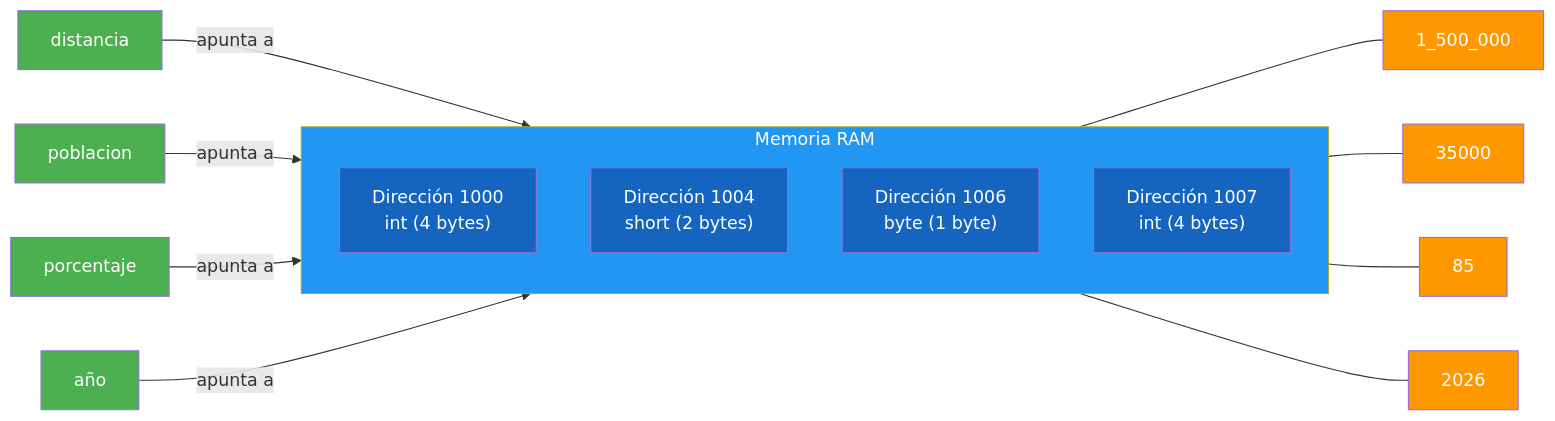
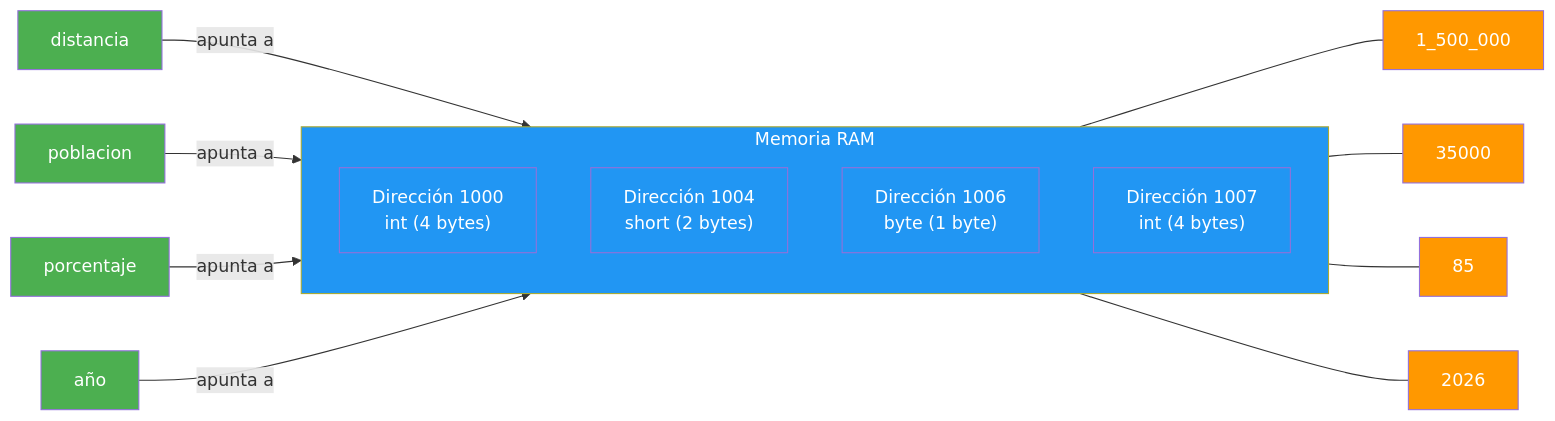
The first of 6 diagrams in 05-tipos-datos.md (joseluisgs/Programacion-01-2026-2027), drawn with Mermaid before and after one commit. The commit also changed other lines of this file and 10 other files, not shown here.

````diff
--- a/05-tipos-datos.md
+++ b/05-tipos-datos.md
@@ -37,31 +37,31 @@
 ```mermaid
 graph LR
     subgraph MEMORIA ["Memoria RAM"]
         direction TB
         DIR_1000["Dirección 1000<br/>int (4 bytes)"]
         DIR_1004["Dirección 1004<br/>short (2 bytes)"]
         DIR_1006["Dirección 1006<br/>byte (1 byte)"]
         DIR_1007["Dirección 1007<br/>int (4 bytes)"]
     end
     NOMBRE_1["distancia"] -->|"apunta a"| DIR_1000
     NOMBRE_2["poblacion"] -->|"apunta a"| DIR_1004
     NOMBRE_3["porcentaje"] -->|"apunta a"| DIR_1006
     NOMBRE_4["año"] -->|"apunta a"| DIR_1007
     DIR_1000 --- VALOR_1["1_500_000"]
     DIR_1004 --- VALOR_2["35000"]
     DIR_1006 --- VALOR_3["85"]
     DIR_1007 --- VALOR_4["2026"]
     style MEMORIA fill:#2196F3,color:#fff
-    style DIR_1000 fill:#1565C0,color:#fff
-    style DIR_1004 fill:#1565C0,color:#fff
-    style DIR_1006 fill:#1565C0,color:#fff
-    style DIR_1007 fill:#1565C0,color:#fff
+style DIR_1000 fill:#2196F3,color:#fff
+  style DIR_1004 fill:#2196F3,color:#fff
+  style DIR_1006 fill:#2196F3,color:#fff
+  style DIR_1007 fill:#2196F3,color:#fff
     style NOMBRE_1 fill:#4CAF50,color:#fff
     style NOMBRE_2 fill:#4CAF50,color:#fff
     style NOMBRE_3 fill:#4CAF50,color:#fff
     style NOMBRE_4 fill:#4CAF50,color:#fff
     style VALOR_1 fill:#FF9800,color:#fff
     style VALOR_2 fill:#FF9800,color:#fff
     style VALOR_3 fill:#FF9800,color:#fff
     style VALOR_4 fill:#FF9800,color:#fff
 ```
````
